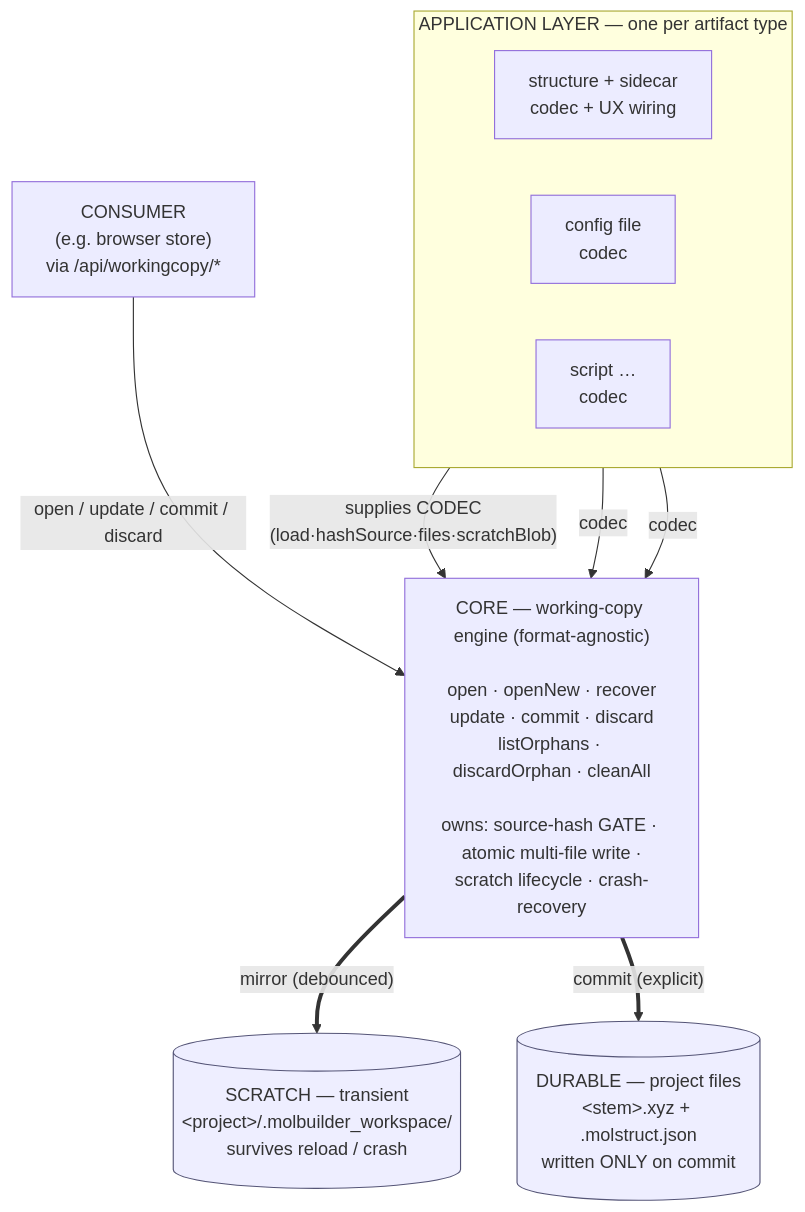
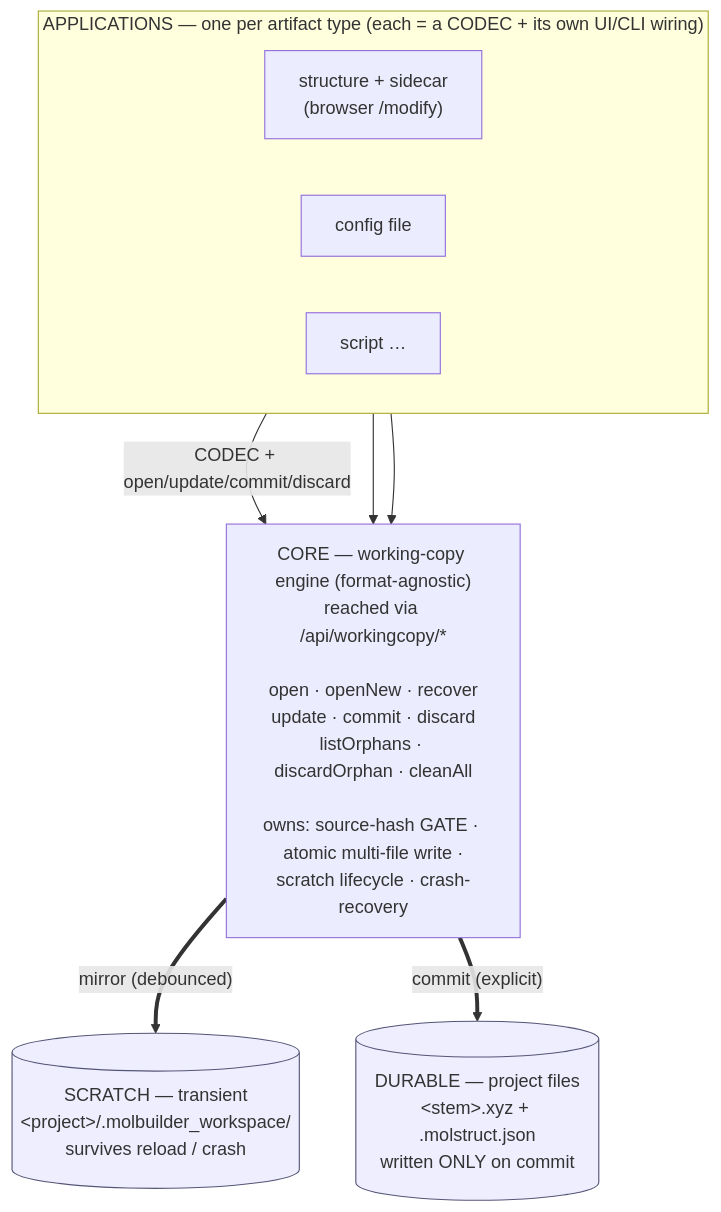
One commit to Qing-LAB/molbuilder changed the diagram in docs/protocols/working-copy-persistence.md. Above: the diagram before and after it, drawn with Mermaid. The commit also changed other lines of this file, not shown here.

First line of the commit message:
docs: working-copy-persistence -- fresh-eyes cleanup (redundancy, diagram, worked example)

````diff
--- a/docs/protocols/working-copy-persistence.md
+++ b/docs/protocols/working-copy-persistence.md
@@ -82,27 +82,24 @@
 ```mermaid
 flowchart TD
-    subgraph APP["APPLICATION LAYER — one per artifact type"]
+    subgraph APP["APPLICATIONS — one per artifact type (each = a CODEC + its own UI/CLI wiring)"]
         direction LR
-        A1["structure + sidecar<br/>codec + UX wiring"]
-        A2["config file<br/>codec"]
-        A3["script … <br/>codec"]
+        A1["structure + sidecar<br/>(browser /modify)"]
+        A2["config file"]
+        A3["script …"]
     end
 
-    CONS["CONSUMER<br/>(e.g. browser store)<br/>via /api/workingcopy/*"]
-
-    CORE["CORE — working-copy engine (format-agnostic)<br/><br/>open · openNew · recover<br/>update · commit · discard<br/>listOrphans · discardOrphan · cleanAll<br/><br/>owns: source-hash GATE · atomic multi-file write ·<br/>scratch lifecycle · crash-recovery"]
+    CORE["CORE — working-copy engine (format-agnostic)<br/>reached via /api/workingcopy/*<br/><br/>open · openNew · recover<br/>update · commit · discard<br/>listOrphans · discardOrphan · cleanAll<br/><br/>owns: source-hash GATE · atomic multi-file write ·<br/>scratch lifecycle · crash-recovery"]
 
     SCR[("SCRATCH — transient<br/>&lt;project&gt;/.molbuilder_workspace/<br/>survives reload / crash")]
     DUR[("DURABLE — project files<br/>&lt;stem&gt;.xyz + .molstruct.json<br/>written ONLY on commit")]
 
-    A1 -- "supplies CODEC<br/>(load·hashSource·files·scratchBlob)" --> CORE
-    A2 -- codec --> CORE
-    A3 -- codec --> CORE
-    CONS -- "open / update / commit / discard" --> CORE
+    A1 -- "CODEC + open/update/commit/discard" --> CORE
+    A2 --> CORE
+    A3 --> CORE
 
     CORE == "mirror (debounced)" ==> SCR
     CORE == "commit (explicit)" ==> DUR
 
     classDef store fill:#eef,stroke:#557;
     class SCR,DUR store;
 ```
````
